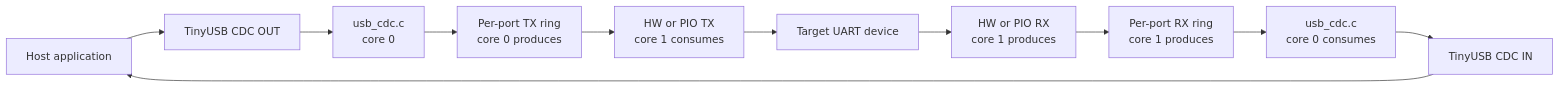
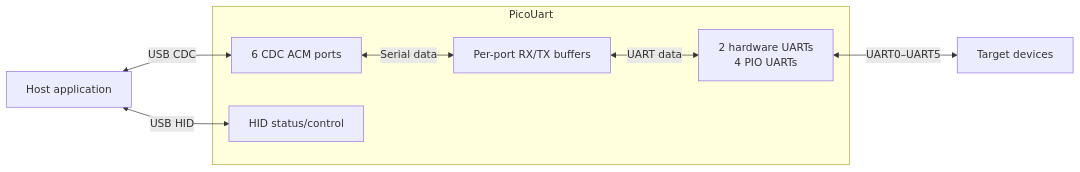
The diagram in docs/architecture.md (djwinter29-oss/PicoUart), drawn with Mermaid before and after one commit. The commit also changed other lines of this file and 29 other files, not shown here.

````diff
--- a/docs/architecture.md
+++ b/docs/architecture.md
@@ -47,14 +9,17 @@
 ```mermaid
 flowchart LR
-  Host["Host application"] --> CDCOut["TinyUSB CDC OUT"]
-  CDCOut --> BridgeTX["usb_cdc.c\ncore 0"]
-  BridgeTX --> TX["Per-port TX ring\ncore 0 produces"]
-  TX --> BackendTX["HW or PIO TX\ncore 1 consumes"]
-  BackendTX --> Device["Target UART device"]
+  Host["Host application"]
+  subgraph Device["PicoUart"]
+    CDC["6 CDC ACM ports"]
+    Rings["Per-port RX/TX buffers"]
+    Backends["2 hardware UARTs<br/>4 PIO UARTs"]
+    HID["HID status/control"]
+    CDC <-->|"Serial data"| Rings
+    Rings <-->|"UART data"| Backends
+  end
+  Target["Target devices"]
 
-  Device --> BackendRX["HW or PIO RX\ncore 1 produces"]
-  BackendRX --> RX["Per-port RX ring\ncore 1 produces"]
-  RX --> BridgeRX["usb_cdc.c\ncore 0 consumes"]
-  BridgeRX --> CDCIn["TinyUSB CDC IN"]
-  CDCIn --> Host
+  Host <-->|"USB CDC"| CDC
+  Host <-->|"USB HID"| HID
+  Backends <-->|"UART0–UART5"| Target
 ```
````
